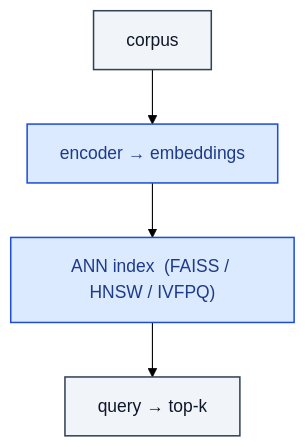
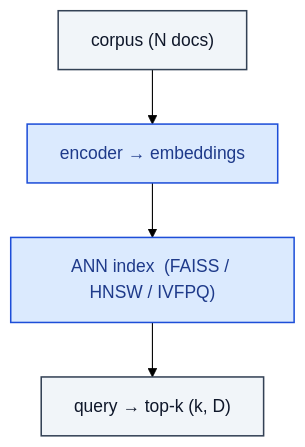
One commit to RealityShifts/Srivastava-book-of-Blocks-diagrams changed the diagram in memory_retrieval/VectorStore.md. Above: the diagram before and after it, drawn with Mermaid (forest theme). The commit also changed 123 other files, not shown here.

````diff
--- a/memory_retrieval/VectorStore.md
+++ b/memory_retrieval/VectorStore.md
@@ -7,19 +7,20 @@
 ```mermaid
 flowchart TD
-    n0_0["corpus"]:::io
+    n0_0["corpus  (N docs)"]:::io
     n1_0["encoder → embeddings"]:::op
     n2_0["ANN index  (FAISS / HNSW / IVFPQ)"]:::op
-    n3_0["query → top-k"]:::io
+    n3_0["query → top-k  (k, D)"]:::io
     n0_0 --> n1_0
     n1_0 --> n2_0
     n2_0 --> n3_0
     classDef io fill:#f1f5f9,stroke:#334155,stroke-width:1.4px,color:#0f172a
     classDef op fill:#dbeafe,stroke:#1d4ed8,stroke-width:1.4px,color:#1e3a8a
     classDef norm fill:#dcfce7,stroke:#15803d,stroke-width:1.4px,color:#14532d
     classDef act fill:#ffedd5,stroke:#c2410c,stroke-width:1.4px,color:#7c2d12
     classDef attn fill:#ede9fe,stroke:#6d28d9,stroke-width:1.4px,color:#4c1d95
     classDef merge fill:#fef3c7,stroke:#b45309,stroke-width:1.4px,color:#78350f
     classDef emb fill:#fef9c3,stroke:#a16207,stroke-width:1.4px,color:#713f12
     classDef loss fill:#fee2e2,stroke:#b91c1c,stroke-width:1.4px,color:#7f1d1d
     classDef ctrl fill:#f5f5f4,stroke:#52525b,stroke-width:1.4px,color:#27272a
+    classDef ref fill:#e0f2fe,stroke:#0369a1,stroke-width:2px,color:#0c4a6e,stroke-dasharray: 4 2
 ```
````
